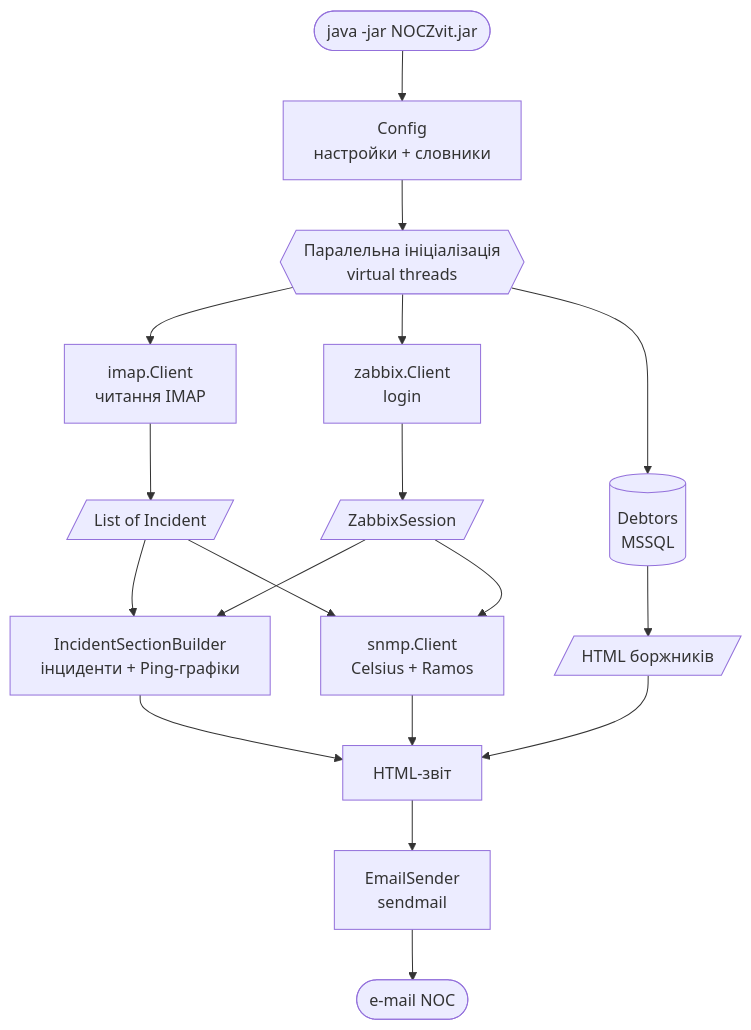
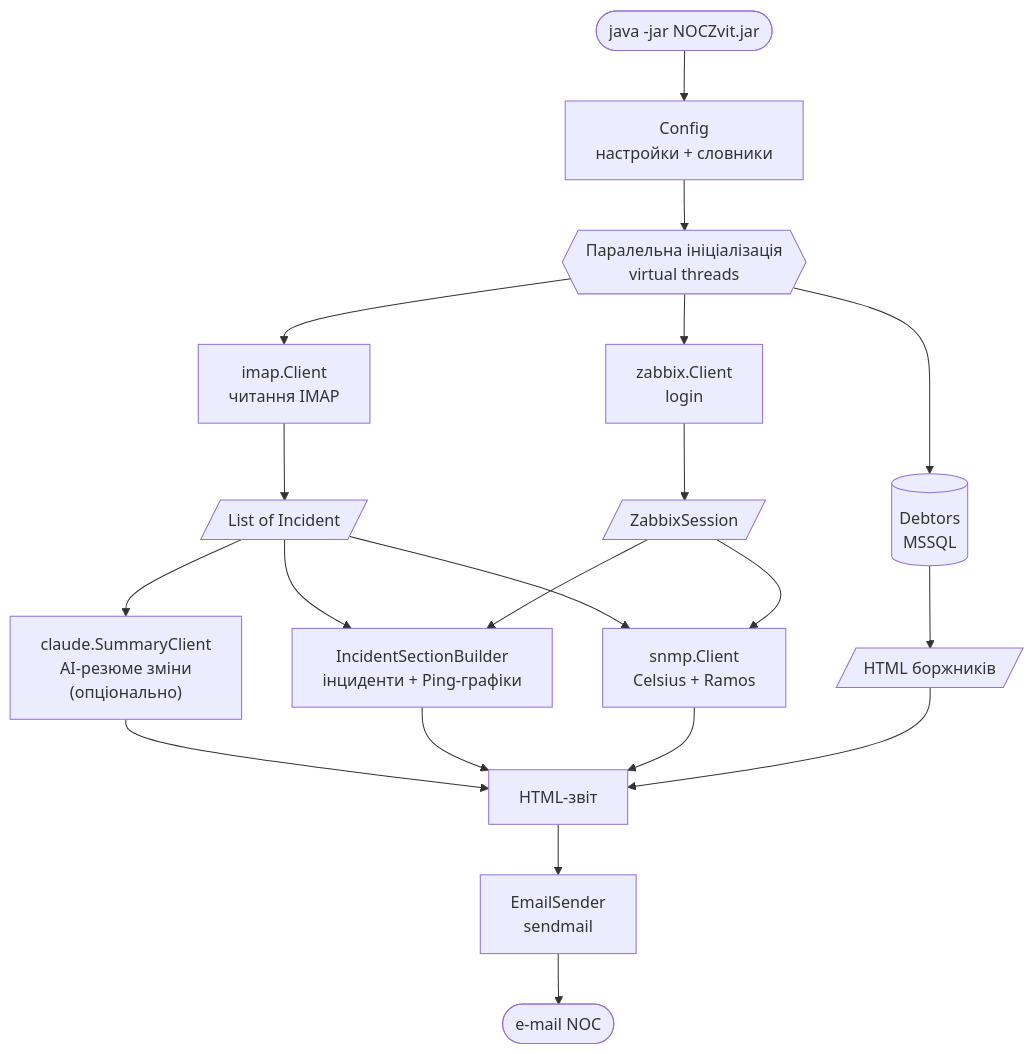
The first of 3 diagrams in README.md (oldengremlin/NOCZvit), drawn with Mermaid before and after one commit. The commit also changed other lines of this file, not shown here.

First line of the commit message:
docs: update README for Claude AI integration (diagrams, config, costs)

````diff
--- a/README.md
+++ b/README.md
@@ -19,23 +20,25 @@
 ```mermaid
 flowchart TD
     CLI([java -jar NOCZvit.jar]) --> CFG[Config\nнастройки + словники]
     CFG --> PAR{{"Паралельна ініціалізація\nvirtual threads"}}
 
     PAR --> IMAP[imap.Client\nчитання IMAP]
     PAR --> ZAB[zabbix.Client\nlogin]
     PAR --> DB[(Debtors\nMSSQL)]
 
     IMAP --> INC[/List of Incident/]
     ZAB  --> ZS[/ZabbixSession/]
     DB   --> DH[/HTML боржників/]
 
+    INC --> CLAUDE["claude.SummaryClient\nAI-резюме зміни\n(опціонально)"]
     INC & ZS --> ISB[IncidentSectionBuilder\nінциденти + Ping-графіки]
     INC & ZS --> SNMP[snmp.Client\nCelsius + Ramos]
 
-    ISB  --> HTML[HTML-звіт]
+    CLAUDE --> HTML[HTML-звіт]
+    ISB  --> HTML
     SNMP --> HTML
     DH   --> HTML
 
     HTML --> MAIL[EmailSender\nsendmail]
     MAIL --> OUT([e-mail NOC])
 ```
````
